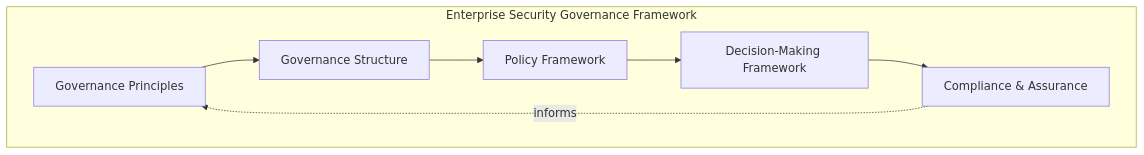
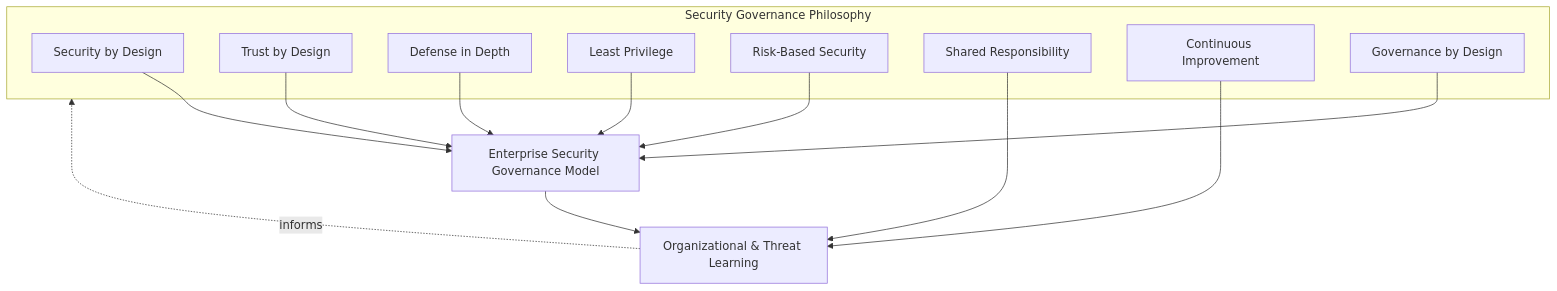
The first of 6 diagrams in 06_Security/security-governance.md (MojammelJoy/StackLeo-Tech-Store), drawn with Mermaid before and after one commit. The commit also changed other lines of this file and 37 other files, not shown here.

````diff
--- a/06_Security/security-governance.md
+++ b/06_Security/security-governance.md
@@ -83,15 +94,23 @@
 ```mermaid
 flowchart TD
-    subgraph Framework[Enterprise Security Governance Framework]
-        Principles2[Governance Principles]
-        Structure[Governance Structure]
-        Policy11[Policy Framework]
-        Decision3[Decision-Making Framework]
-        Compliance4[Compliance & Assurance]
+    subgraph Philosophy[Security Governance Philosophy]
+        SbD2[Security by Design]
+        TbD[Trust by Design]
+        DiD2[Defense in Depth]
+        LP[Least Privilege]
+        RBS[Risk-Based Security]
+        Shared2[Shared Responsibility]
+        CI2[Continuous Improvement]
+        GbD2[Governance by Design]
     end
-    Principles2 --> Structure
-    Structure --> Policy11
-    Policy11 --> Decision3
-    Decision3 --> Compliance4
-    Compliance4 -.informs.-> Principles2
+    SbD2 --> Model2[Enterprise Security Governance Model]
+    TbD --> Model2
+    DiD2 --> Model2
+    LP --> Model2
+    RBS --> Model2
+    GbD2 --> Model2
+    Model2 --> Learning2[Organizational & Threat Learning]
+    Shared2 --> Learning2
+    Learning2 -.informs.-> Philosophy
+    CI2 --> Learning2
 ```
````
